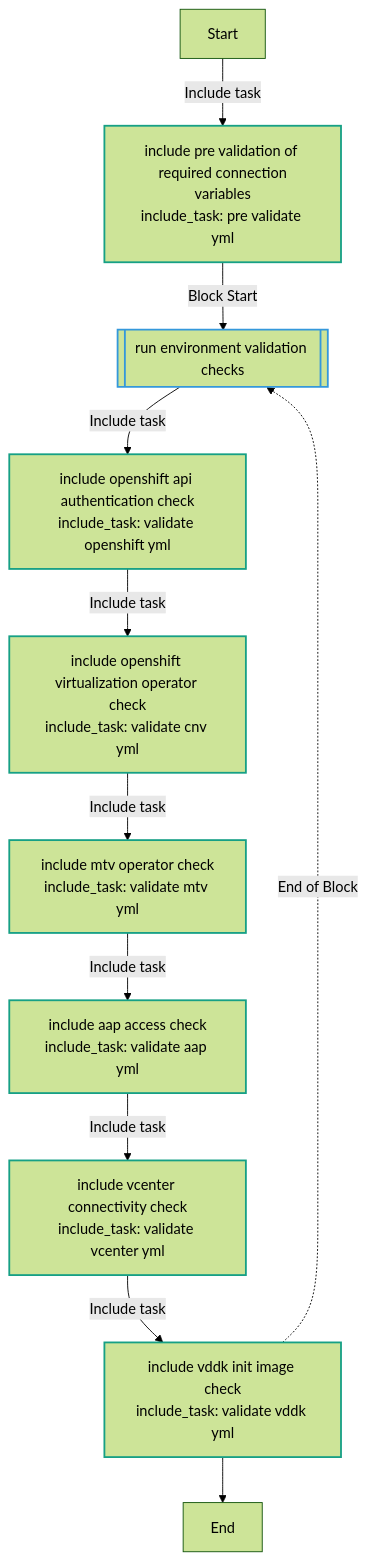
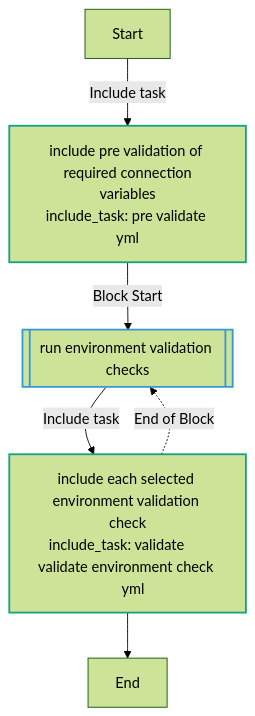
Before and after one commit to redhat-cop/openshift_virtualization_migration: the first of 9 diagrams in roles/validate_environment/README.md, drawn with Mermaid (forest theme). The commit also changed other lines of this file and 4 other files, not shown here.

First line of the commit message:
feat(validate): add property-based check selection

````diff
--- a/roles/validate_environment/README.md
+++ b/roles/validate_environment/README.md
@@ -328,23 +349,18 @@
 ```mermaid
 flowchart TD
 Start
 classDef block stroke:#3498db,stroke-width:2px;
 classDef task stroke:#4b76bb,stroke-width:2px;
 classDef includeTasks stroke:#16a085,stroke-width:2px;
 classDef importTasks stroke:#34495e,stroke-width:2px;
 classDef includeRole stroke:#2980b9,stroke-width:2px;
 classDef importRole stroke:#699ba7,stroke-width:2px;
 classDef includeVars stroke:#8e44ad,stroke-width:2px;
 classDef rescue stroke:#665352,stroke-width:2px;
 
   Start-->|Include task| Include_pre_validation_of_required_connection_variables_pre_validate_yml_0[include pre validation of required connection<br>variables<br>include_task: pre validate yml]:::includeTasks
   Include_pre_validation_of_required_connection_variables_pre_validate_yml_0-->|Block Start| Run_environment_validation_checks1_block_start_0[[run environment validation checks]]:::block
-  Run_environment_validation_checks1_block_start_0-->|Include task| Include_OpenShift_API_authentication_check_validate_openshift_yml_0[include openshift api authentication check<br>include_task: validate openshift yml]:::includeTasks
-  Include_OpenShift_API_authentication_check_validate_openshift_yml_0-->|Include task| Include_OpenShift_Virtualization_operator_check_validate_cnv_yml_1[include openshift virtualization operator check<br>include_task: validate cnv yml]:::includeTasks
-  Include_OpenShift_Virtualization_operator_check_validate_cnv_yml_1-->|Include task| Include_MTV_operator_check_validate_mtv_yml_2[include mtv operator check<br>include_task: validate mtv yml]:::includeTasks
-  Include_MTV_operator_check_validate_mtv_yml_2-->|Include task| Include_AAP_access_check_validate_aap_yml_3[include aap access check<br>include_task: validate aap yml]:::includeTasks
-  Include_AAP_access_check_validate_aap_yml_3-->|Include task| Include_vCenter_connectivity_check_validate_vcenter_yml_4[include vcenter connectivity check<br>include_task: validate vcenter yml]:::includeTasks
-  Include_vCenter_connectivity_check_validate_vcenter_yml_4-->|Include task| Include_VDDK_init_image_check_validate_vddk_yml_5[include vddk init image check<br>include_task: validate vddk yml]:::includeTasks
-  Include_VDDK_init_image_check_validate_vddk_yml_5-.->|End of Block| Run_environment_validation_checks1_block_start_0
-  Include_VDDK_init_image_check_validate_vddk_yml_5-->End
+  Run_environment_validation_checks1_block_start_0-->|Include task| Include_each_selected_environment_validation_check_validate______validate_environment_check____yml_0[include each selected environment validation check<br>include_task: validate      validate environment check    yml]:::includeTasks
+  Include_each_selected_environment_validation_check_validate______validate_environment_check____yml_0-.->|End of Block| Run_environment_validation_checks1_block_start_0
+  Include_each_selected_environment_validation_check_validate______validate_environment_check____yml_0-->End
 ```
````
